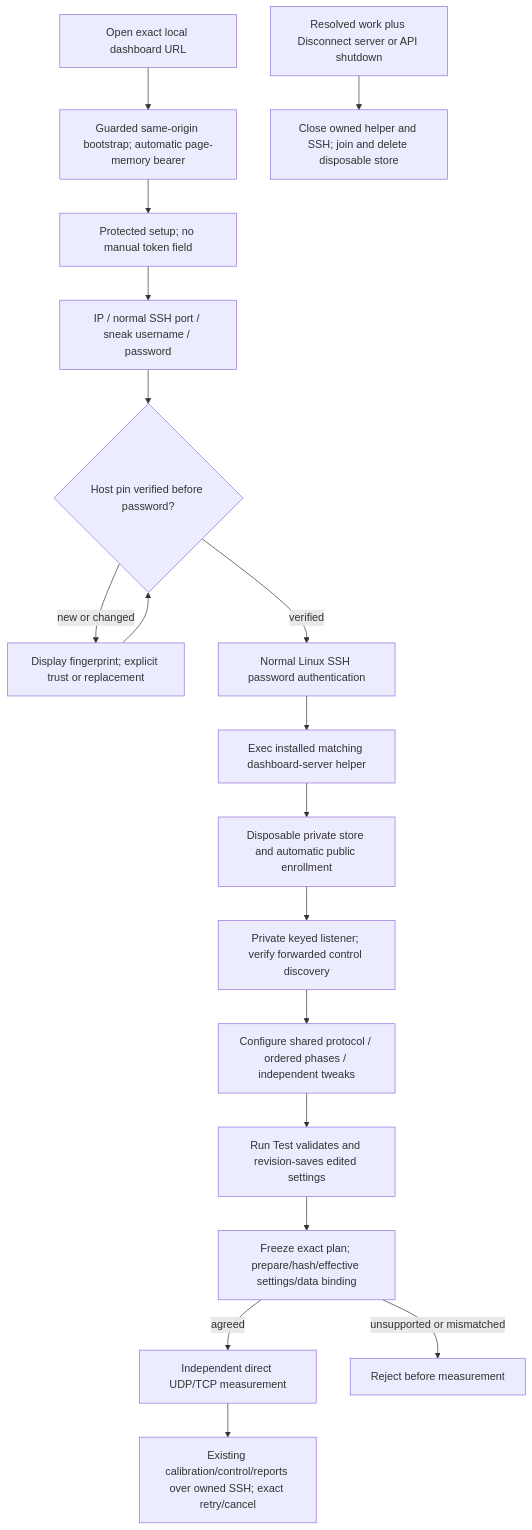
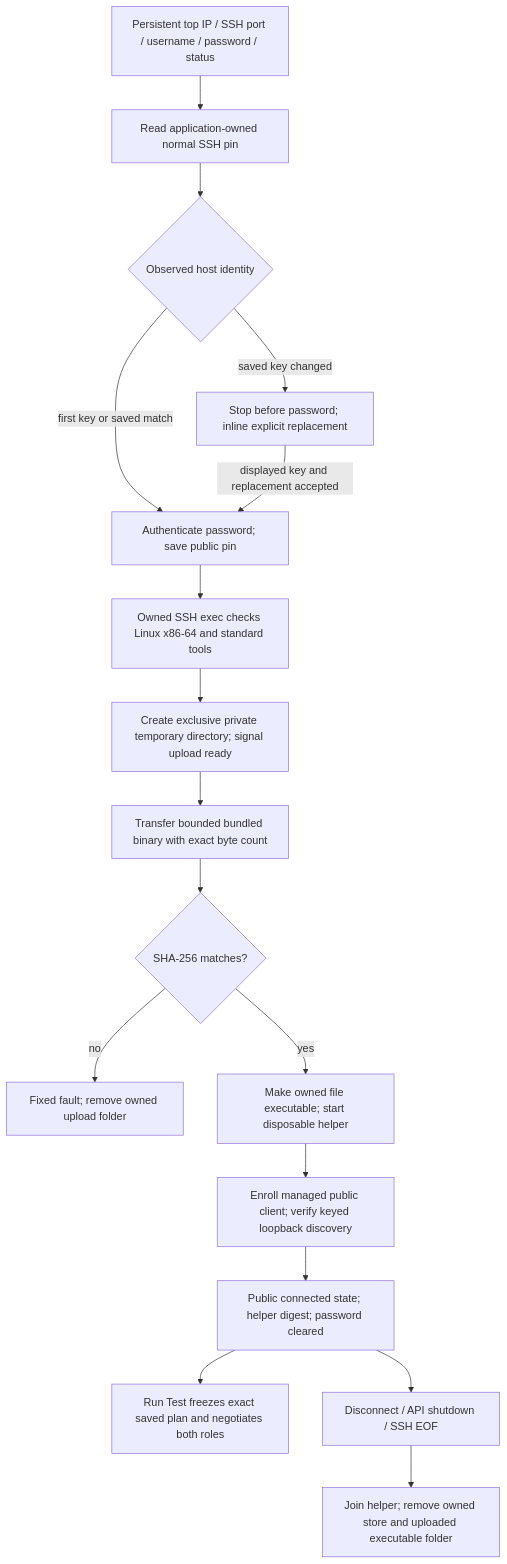
Diagram 24 of 26 in FLOWCHART.md (rashidbestry/sneaky-port), drawn with Mermaid before and after one commit. The commit also changed other lines of this file and 38 other files, not shown here.

First line of the commit message:
feat: add workspace management for traffic settings and phase control

````diff
--- a/FLOWCHART.md
+++ b/FLOWCHART.md
@@ -614,20 +622,19 @@
 ```mermaid
 flowchart TD
-    A[Open exact local dashboard URL] --> B[Guarded same-origin bootstrap; automatic page-memory bearer]
-    B --> C[Protected setup; no manual token field]
-    C --> D[IP / normal SSH port / sneak username / password]
-    D --> E{Host pin verified before password?}
-    E -->|new or changed| F[Display fingerprint; explicit trust or replacement]
-    F --> E
-    E -->|verified| G[Normal Linux SSH password authentication]
-    G --> H[Exec installed matching dashboard-server helper]
-    H --> I[Disposable private store and automatic public enrollment]
-    I --> J[Private keyed listener; verify forwarded control discovery]
-    J --> K[Configure shared protocol / ordered phases / independent tweaks]
-    K --> L[Run Test validates and revision-saves edited settings]
-    L --> M[Freeze exact plan; prepare/hash/effective settings/data binding]
-    M -->|agreed| N[Independent direct UDP/TCP measurement]
-    M -->|unsupported or mismatched| O[Reject before measurement]
-    N --> P[Existing calibration/control/reports over owned SSH; exact retry/cancel]
-    Q[Resolved work plus Disconnect server or API shutdown] --> R[Close owned helper and SSH; join and delete disposable store]
+    A[Persistent top IP / SSH port / username / password / status] --> B[Read application-owned normal SSH pin]
+    B --> C{Observed host identity}
+    C -->|first key or saved match| D[Authenticate password; save public pin]
+    C -->|saved key changed| E[Stop before password; inline explicit replacement]
+    E -->|displayed key and replacement accepted| D
+    D --> F[Owned SSH exec checks Linux x86-64 and standard tools]
+    F --> G[Create exclusive private temporary directory; signal upload ready]
+    G --> H[Transfer bounded bundled binary with exact byte count]
+    H --> I{SHA-256 matches?}
+    I -->|no| J[Fixed fault; remove owned upload folder]
+    I -->|yes| K[Make owned file executable; start disposable helper]
+    K --> L[Enroll managed public client; verify keyed loopback discovery]
+    L --> M[Public connected state; helper digest; password cleared]
+    M --> N[Run Test freezes exact saved plan and negotiates both roles]
+    M --> O[Disconnect / API shutdown / SSH EOF]
+    O --> P[Join helper; remove owned store and uploaded executable folder]
 ```
````
